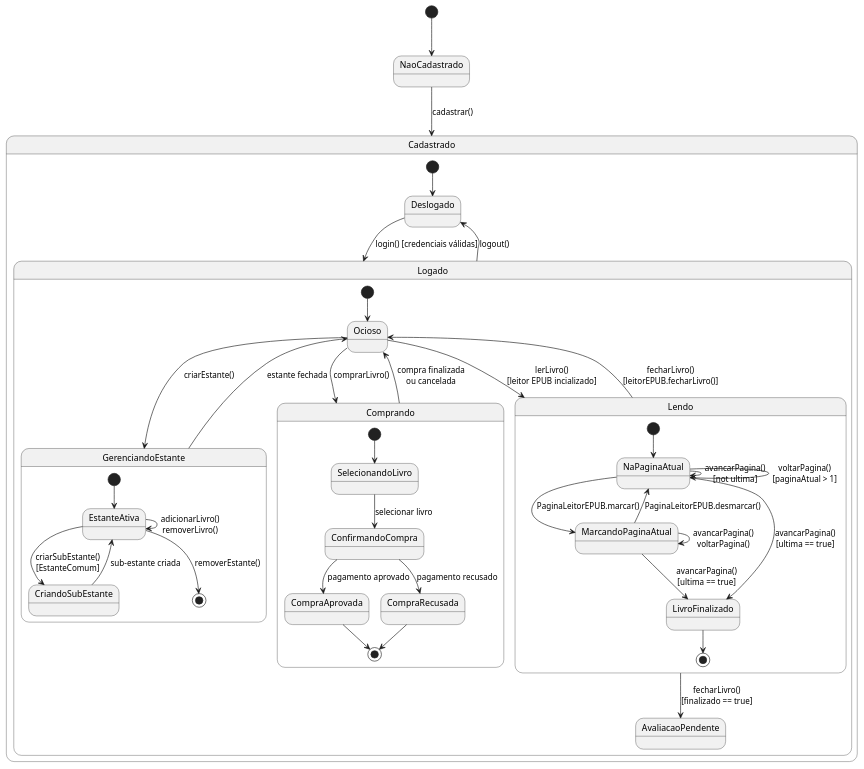
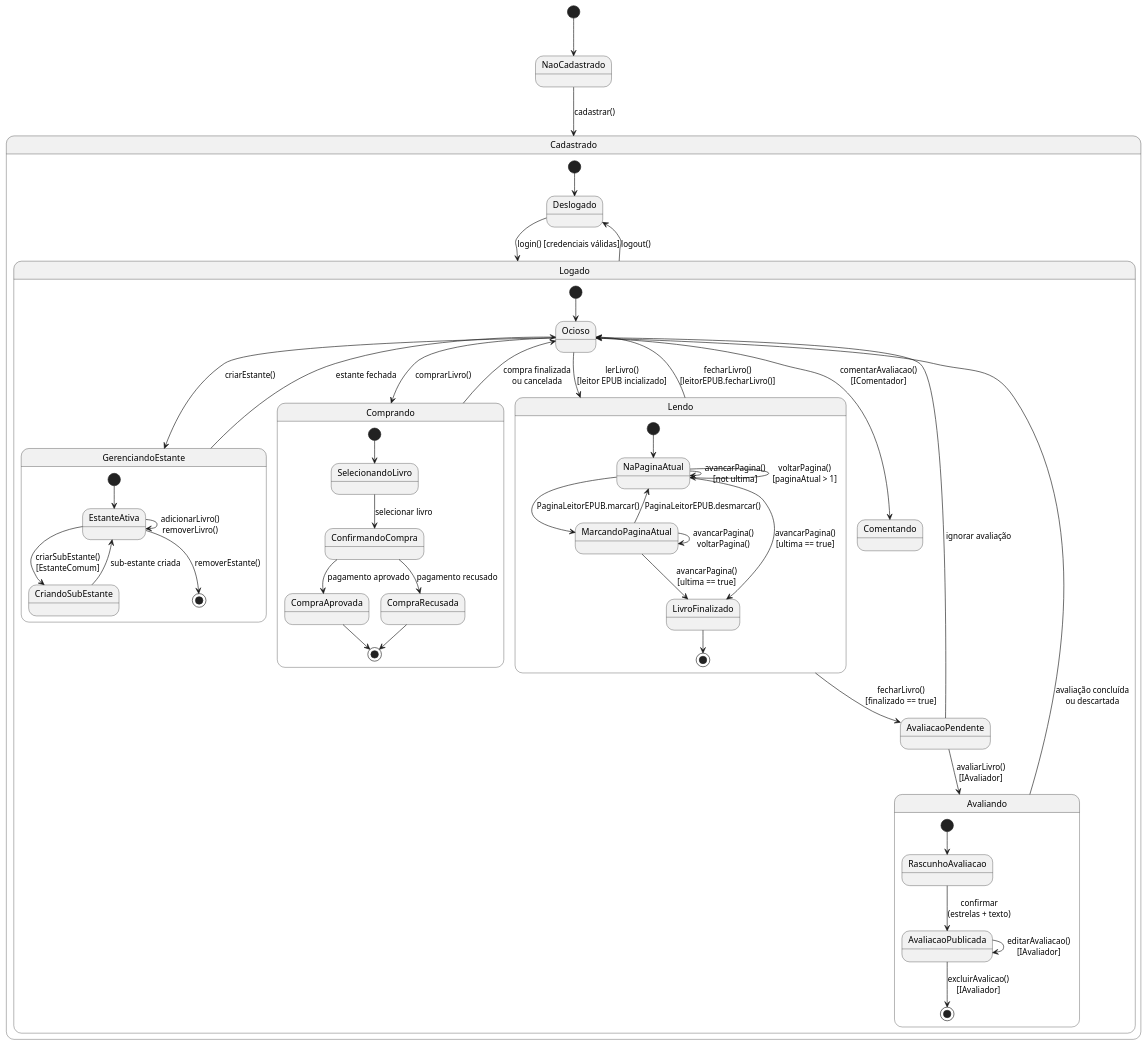
Before and after one commit to jalv21/iLib: the diagram in docs/codigo-plantuml/diagramas-estados/dte-leitor.puml, drawn with PlantUML.

Commit message:
docs/criando ciclo de avaliação de livros

```diff
--- a/docs/codigo-plantuml/diagramas-estados/dte-leitor.puml
+++ b/docs/codigo-plantuml/diagramas-estados/dte-leitor.puml
@@ -1,65 +1,79 @@
 @startuml dte-leitor
 skinparam style strictuml
 
 [*] --> NaoCadastrado
 
 state NaoCadastrado {
 }
 
 NaoCadastrado --> Cadastrado : cadastrar()
 
 state Cadastrado {
     [*] --> Deslogado
     Deslogado --> Logado : login() [credenciais válidas]
     Logado --> Deslogado : logout()
 }
 
 state Logado {
     [*] --> Ocioso
 
     Ocioso --> GerenciandoEstante : criarEstante()
 
     state GerenciandoEstante {
         [*] --> EstanteAtiva
 
         EstanteAtiva --> EstanteAtiva : adicionarLivro()\nremoverLivro()
         EstanteAtiva --> CriandoSubEstante : criarSubEstante()\n[EstanteComum]
         CriandoSubEstante --> EstanteAtiva : sub-estante criada
 
         EstanteAtiva --> [*] : removerEstante()
     }
 
     GerenciandoEstante --> Ocioso : estante fechada
 
     Ocioso --> Comprando : comprarLivro()
 
     state Comprando {
         [*] --> SelecionandoLivro
         SelecionandoLivro --> ConfirmandoCompra : selecionar livro
         ConfirmandoCompra --> CompraAprovada : pagamento aprovado
         ConfirmandoCompra --> CompraRecusada : pagamento recusado
         CompraAprovada --> [*]
         CompraRecusada --> [*]
     }
     Comprando --> Ocioso : compra finalizada\nou cancelada
 
     Ocioso --> Lendo : lerLivro()\n[leitor EPUB incializado]
 
     state Lendo {
         [*] --> NaPaginaAtual
         NaPaginaAtual --> NaPaginaAtual : avancarPagina()\n[not ultima]
         NaPaginaAtual --> NaPaginaAtual : voltarPagina()\n[paginaAtual > 1]
         NaPaginaAtual --> MarcandoPaginaAtual : PaginaLeitorEPUB.marcar()
         MarcandoPaginaAtual --> NaPaginaAtual : PaginaLeitorEPUB.desmarcar()
         MarcandoPaginaAtual --> MarcandoPaginaAtual : avancarPagina()\nvoltarPagina()
 
         NaPaginaAtual --> LivroFinalizado : avancarPagina()\n[ultima == true]
         MarcandoPaginaAtual --> LivroFinalizado : avancarPagina()\n[ultima == true]
 
         LivroFinalizado --> [*]
     }
     
     Lendo --> Ocioso : fecharLivro()\n[leitorEPUB.fecharLivro()]
     Lendo --> AvaliacaoPendente : fecharLivro()\n[finalizado == true]
+
+    AvaliacaoPendente --> Avaliando : avaliarLivro()\n[IAvaliador]
+    AvaliacaoPendente --> Ocioso : ignorar avaliação
+
+    state Avaliando {
+        [*] --> RascunhoAvaliacao
+        RascunhoAvaliacao --> AvaliacaoPublicada : confirmar\n(estrelas + texto)
+        AvaliacaoPublicada --> AvaliacaoPublicada : editarAvaliacao()\n[IAvaliador]
+        AvaliacaoPublicada --> [*] : excluirAvalicao()\n[IAvaliador]
+    }
+
+    Avaliando --> Ocioso : avaliação concluída\nou descartada
+
+    Ocioso --> Comentando : comentarAvaliacao()\n[IComentador]
 }
 @enduml
```
